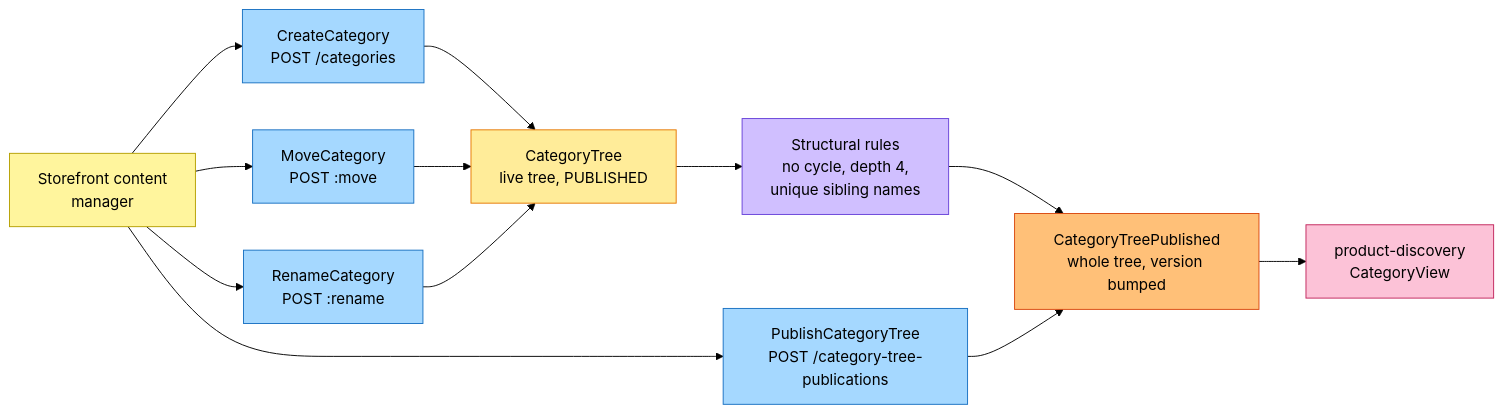
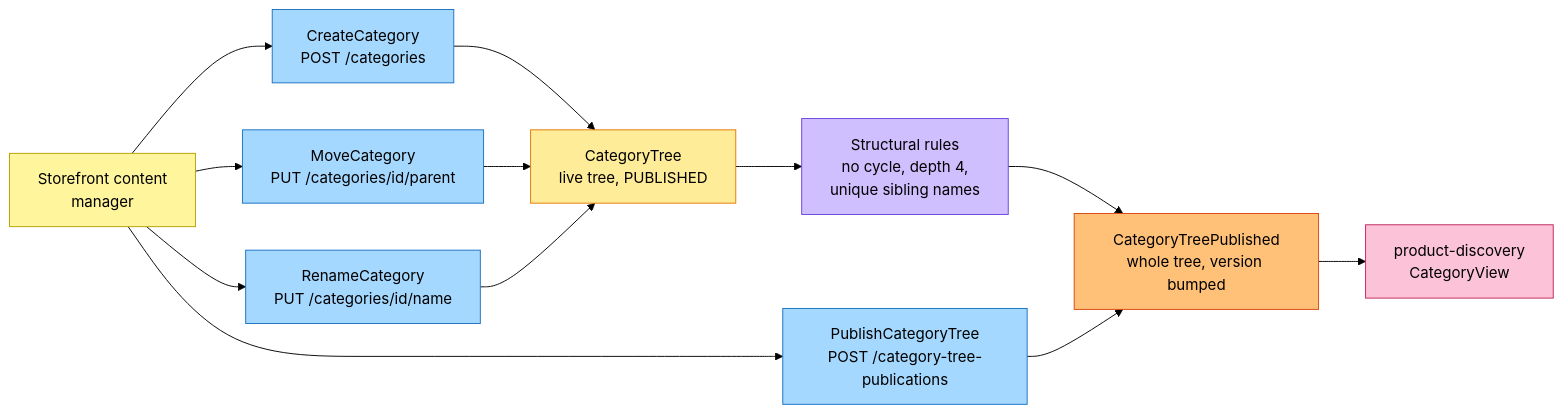
One commit to IQVO/warehouse-docs changed the second of 3 diagrams in storefront/docs/contexts/product-content/eventstorming.md. Above: the diagram before and after it, drawn with Mermaid (forest theme). The commit also changed other lines of this file and 10 other files, not shown here.

````diff
--- a/storefront/docs/contexts/product-content/eventstorming.md
+++ b/storefront/docs/contexts/product-content/eventstorming.md
@@ -86,28 +86,28 @@
 ```mermaid
 flowchart LR
     CM["Storefront content<br/>manager"]:::actor
     C1["CreateCategory<br/>POST /categories"]:::command
-    C2["MoveCategory<br/>POST :move"]:::command
-    C3["RenameCategory<br/>POST :rename"]:::command
+    C2["MoveCategory<br/>PUT /categories/id/parent"]:::command
+    C3["RenameCategory<br/>PUT /categories/id/name"]:::command
     G2["CategoryTree<br/>live tree, PUBLISHED"]:::aggregate
     P2["Structural rules<br/>no cycle, depth 4,<br/>unique sibling names"]:::policy
     C4["PublishCategoryTree<br/>POST /category-tree-publications"]:::command
     E2["CategoryTreePublished<br/>whole tree, version bumped"]:::event
     PD["product-discovery<br/>CategoryView"]:::external
 
     CM --> C1 --> G2
     CM --> C2 --> G2
     CM --> C3 --> G2
     G2 --> P2 --> E2
     CM --> C4 --> E2
     E2 --> PD
 
     classDef actor fill:#fff59d,stroke:#b59f00,color:#000
     classDef command fill:#a5d8ff,stroke:#1971c2,color:#000
     classDef aggregate fill:#ffec99,stroke:#e67700,color:#000
     classDef event fill:#ffc078,stroke:#d9480f,color:#000
     classDef policy fill:#d0bfff,stroke:#6741d9,color:#000
     classDef readmodel fill:#b2f2bb,stroke:#2f9e44,color:#000
     classDef external fill:#fcc2d7,stroke:#c2255c,color:#000
     classDef hotspot fill:#ff8787,stroke:#c92a2a,color:#000
 ```
````
